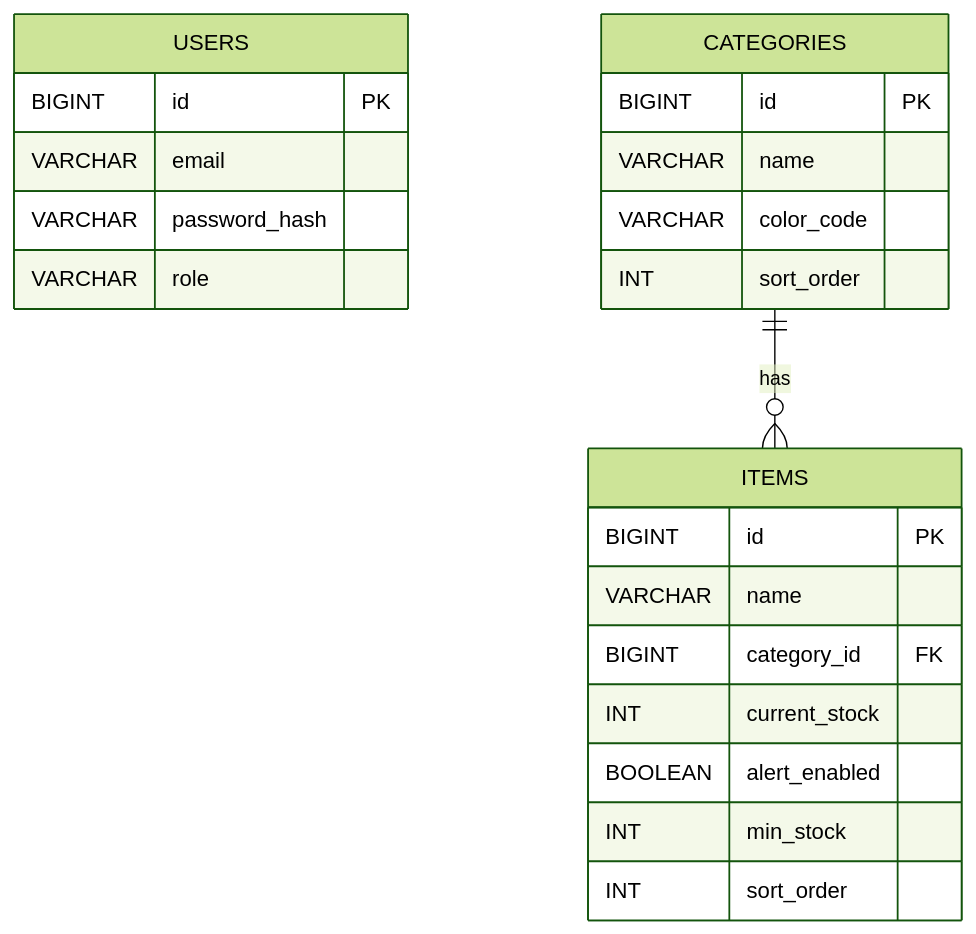
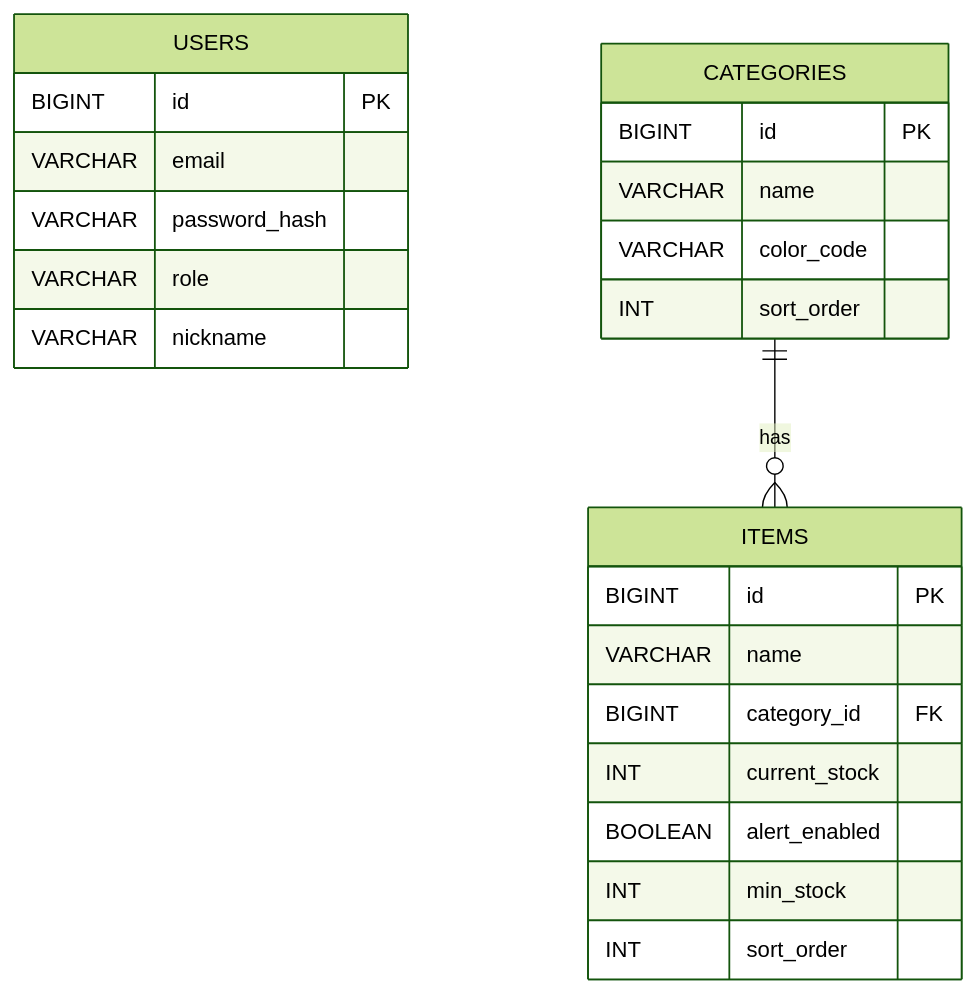
One commit to jykior/inventory-app changed the diagram in README.md. Above: the diagram before and after it, drawn with Mermaid (forest theme). The commit also changed other lines of this file and 17 other files, not shown here.

````diff
--- a/README.md
+++ b/README.md
@@ -241,28 +242,29 @@
 ```mermaid
 erDiagram
 USERS {
 BIGINT id PK
 VARCHAR email
 VARCHAR password_hash
 VARCHAR role
+VARCHAR nickname
 }
 
 CATEGORIES {
 BIGINT id PK
 VARCHAR name
 VARCHAR color_code
 INT sort_order
 }
 
 ITEMS {
 BIGINT id PK
 VARCHAR name
 BIGINT category_id FK
 INT current_stock
 BOOLEAN alert_enabled
 INT min_stock
 INT sort_order
 }
 
 CATEGORIES ||--o{ ITEMS : "has"
 ```
````
